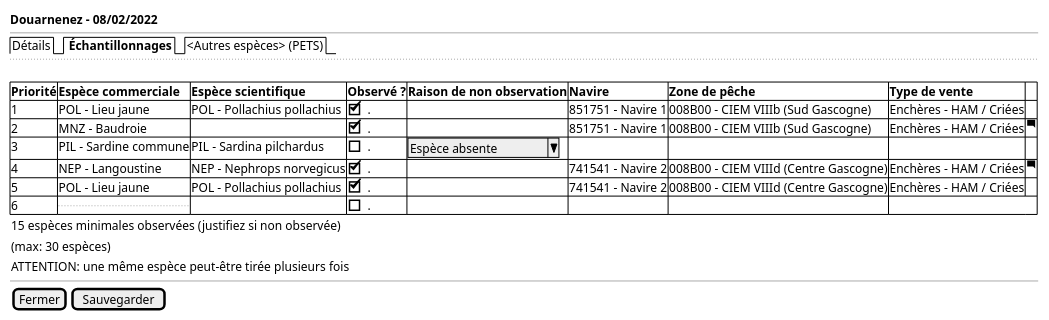
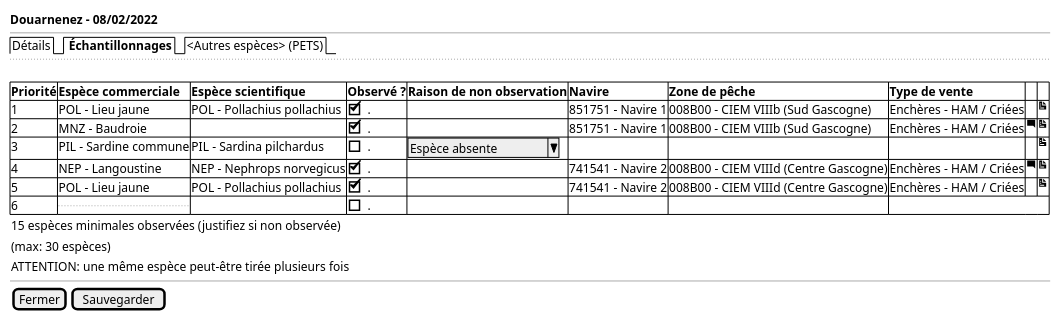
The diagram in projects/obsvente/spe/images/landings-table.puml (sumaris-net/sumaris-doc), drawn with PlantUML before and after one commit. The commit also changed 6 other files, not shown here.

```diff
--- a/projects/obsvente/spe/images/landings-table.puml
+++ b/projects/obsvente/spe/images/landings-table.puml
@@ -1,31 +1,31 @@
 @startsalt
 {
   <b>Douarnenez - 08/02/2022
   --
   {/  Détails | <b> Échantillonnages | <Autres espèces> (PETS)}
   ..
   .
 	{#
 
-      <b>Priorité | <b>Espèce commerciale | <b>Espèce scientifique  | <b>Observé ? | <b>Raison de non observation | <b>Navire | <b>Zone de pêche| <b>Type de vente | .
-       1 | POL - Lieu jaune | POL - Pollachius pollachius | [X]. | . | 851751 - Navire 1 | 008B00 - CIEM VIIIb (Sud Gascogne) | Enchères - HAM / Criées | .
-       2 | MNZ - Baudroie | . |  [X]. | . | 851751 - Navire 1 | 008B00 - CIEM VIIIb (Sud Gascogne) | Enchères - HAM / Criées | <&comment-square>
-       3 | PIL - Sardine commune | PIL - Sardina pilchardus | [ ]. | ^ Espèce absente  ^  | . | . | . | .
-       4 | NEP - Langoustine | NEP - Nephrops norvegicus | [X]. | . | 741541 - Navire 2 | 008B00 - CIEM VIIId (Centre Gascogne) | Enchères - HAM / Criées | <&comment-square>
-       5 | POL - Lieu jaune | POL - Pollachius pollachius | [X]. | . | 741541 - Navire 2 | 008B00 - CIEM VIIId (Centre Gascogne) | Enchères - HAM / Criées | .
+      <b>Priorité | <b>Espèce commerciale | <b>Espèce scientifique  | <b>Observé ? | <b>Raison de non observation | <b>Navire | <b>Zone de pêche| <b>Type de vente | . | .
+       1 | POL - Lieu jaune | POL - Pollachius pollachius | [X]. | . | 851751 - Navire 1 | 008B00 - CIEM VIIIb (Sud Gascogne) | Enchères - HAM / Criées | . | <&document>
+       2 | MNZ - Baudroie | . |  [X]. | . | 851751 - Navire 1 | 008B00 - CIEM VIIIb (Sud Gascogne) | Enchères - HAM / Criées | <&comment-square> | <&document>
+       3 | PIL - Sardine commune | PIL - Sardina pilchardus | [ ]. | ^ Espèce absente  ^  | . | . | . | . | <&document>
+       4 | NEP - Langoustine | NEP - Nephrops norvegicus | [X]. | . | 741541 - Navire 2 | 008B00 - CIEM VIIId (Centre Gascogne) | Enchères - HAM / Criées | <&comment-square> | <&document>
+       5 | POL - Lieu jaune | POL - Pollachius pollachius | [X]. | . | 741541 - Navire 2 | 008B00 - CIEM VIIId (Centre Gascogne) | Enchères - HAM / Criées | . | <&document>
        6 | ... | . | [ ] . | . | . | .
 
     }
     { 15 espèces minimales observées (justifiez si non observée) }
 
     { (max: 30 espèces) }
 
     { ATTENTION: une même espèce peut-être tirée plusieurs fois }
   --
 
 
   {
     [Fermer] | [Sauvegarder]
   }
 }
 @endsalt
```
